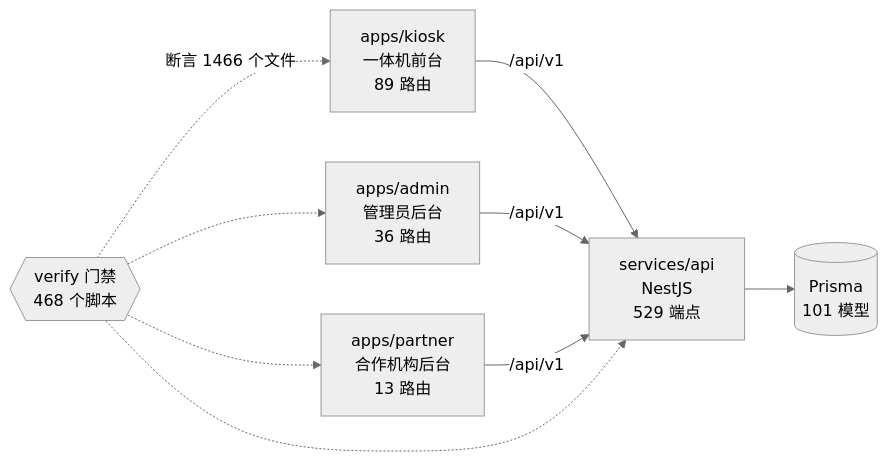
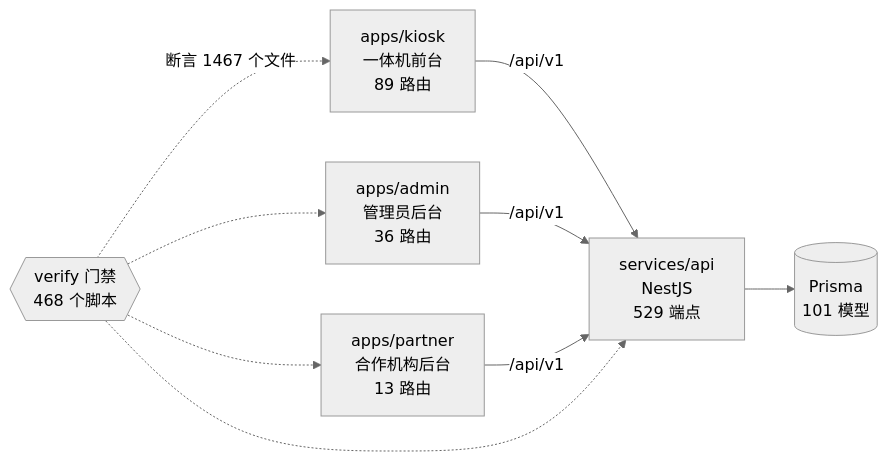
One commit to wanglei581/YITIJI changed the diagram in docs/graph/README.md. Above: the diagram before and after it, drawn with Mermaid (neutral theme). The commit also changed other lines of this file and 9 other files, not shown here.

````diff
--- a/docs/graph/README.md
+++ b/docs/graph/README.md
@@ -68,18 +68,18 @@
 ```mermaid
 flowchart LR
   kiosk["apps/kiosk<br/>一体机前台<br/>89 路由"]
   admin["apps/admin<br/>管理员后台<br/>36 路由"]
   partner["apps/partner<br/>合作机构后台<br/>13 路由"]
   api["services/api<br/>NestJS<br/>529 端点"]
   db[("Prisma<br/>101 模型")]
   gates{{"verify 门禁<br/>468 个脚本"}}
 
   kiosk -->|"/api/v1"| api
   admin -->|"/api/v1"| api
   partner -->|"/api/v1"| api
   api --> db
-  gates -.->|"断言 1466 个文件"| kiosk
+  gates -.->|"断言 1467 个文件"| kiosk
   gates -.-> admin
   gates -.-> partner
   gates -.-> api
 ```
````
